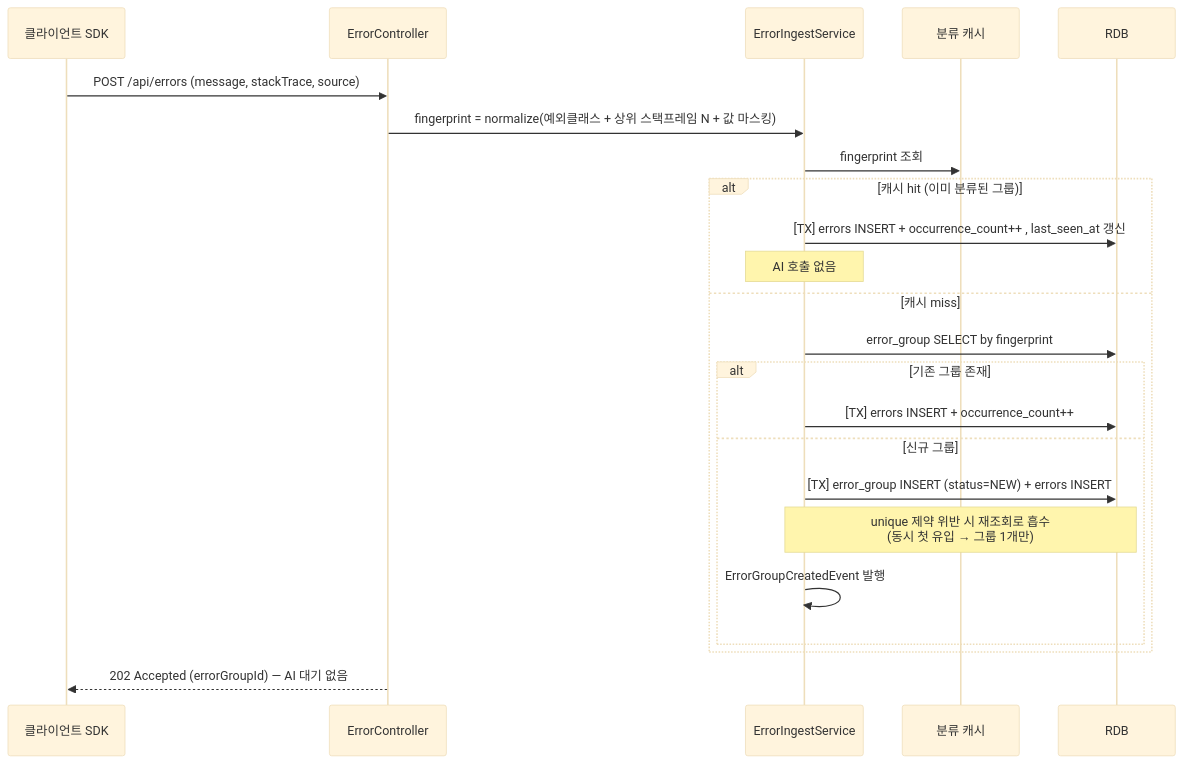
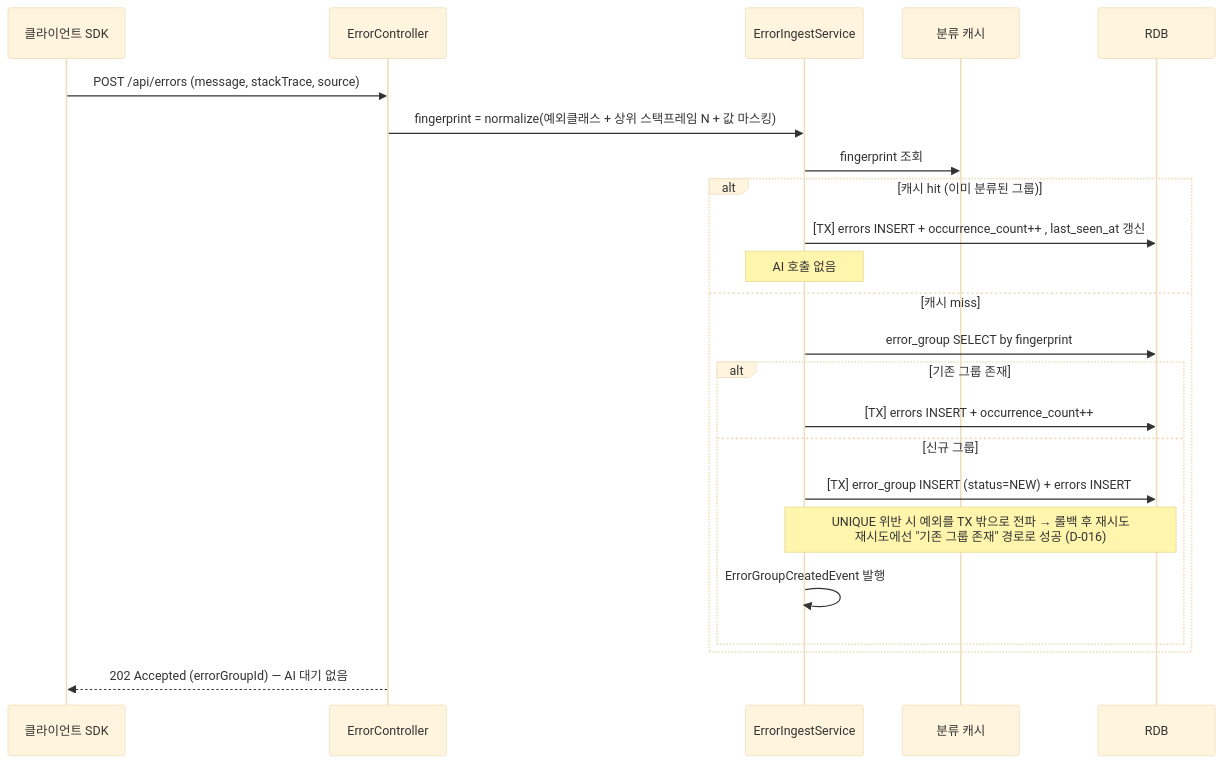
Before and after one commit to GaeChwiRpg/dingco-1-team-01: the first of 3 diagrams in PRD.md, drawn with Mermaid (base theme). The commit also changed other lines of this file and 3 other files, not shown here.

````diff
--- a/PRD.md
+++ b/PRD.md
@@ -96,28 +96,28 @@
 ```mermaid
 sequenceDiagram
     participant C as 클라이언트 SDK
     participant API as ErrorController
     participant SVC as ErrorIngestService
     participant CACHE as 분류 캐시
     participant DB as RDB
 
     C->>API: POST /api/errors (message, stackTrace, source)
     API->>SVC: fingerprint = normalize(예외클래스 + 상위 스택프레임 N + 값 마스킹)
     SVC->>CACHE: fingerprint 조회
 
     alt 캐시 hit (이미 분류된 그룹)
         SVC->>DB: [TX] errors INSERT + occurrence_count++ , last_seen_at 갱신
         Note over SVC: AI 호출 없음
     else 캐시 miss
         SVC->>DB: error_group SELECT by fingerprint
         alt 기존 그룹 존재
             SVC->>DB: [TX] errors INSERT + occurrence_count++
         else 신규 그룹
             SVC->>DB: [TX] error_group INSERT (status=NEW) + errors INSERT
-            Note over SVC,DB: unique 제약 위반 시 재조회로 흡수<br/>(동시 첫 유입 → 그룹 1개만)
+            Note over SVC,DB: UNIQUE 위반 시 예외를 TX 밖으로 전파 → 롤백 후 재시도<br/>재시도에선 "기존 그룹 존재" 경로로 성공 (D-016)
             SVC->>SVC: ErrorGroupCreatedEvent 발행
         end
     end
 
     API-->>C: 202 Accepted (errorGroupId) — AI 대기 없음
 ```
````
